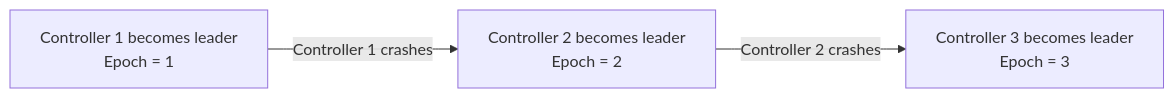
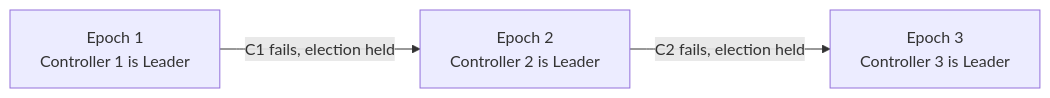
Diagram 11 of 16 in Inbox/Kafka_Obsidian_Organized/04 - Replication and KRaft/008-KRaft_and_Cluster_Consensus.md (Siddpawar9222/Obsidian-Vault), drawn with Mermaid before and after one commit. The commit also changed other lines of this file and 46 other files, not shown here.

````diff
--- a/Inbox/Kafka_Obsidian_Organized/04 - Replication and KRaft/008-KRaft_and_Cluster_Consensus.md
+++ b/Inbox/Kafka_Obsidian_Organized/04 - Replication and KRaft/008-KRaft_and_Cluster_Consensus.md
@@ -449,5 +327,5 @@
 ```mermaid
 flowchart LR
-    E1["Controller 1 becomes leader<br/>Epoch = 1"] -->|"Controller 1 crashes"| E2["Controller 2 becomes leader<br/>Epoch = 2"]
-    E2 -->|"Controller 2 crashes"| E3["Controller 3 becomes leader<br/>Epoch = 3"]
+    E1["Epoch 1<br/>Controller 1 is Leader"] -->|"C1 fails, election held"| E2["Epoch 2<br/>Controller 2 is Leader"]
+    E2 -->|"C2 fails, election held"| E3["Epoch 3<br/>Controller 3 is Leader"]
 ```
````
